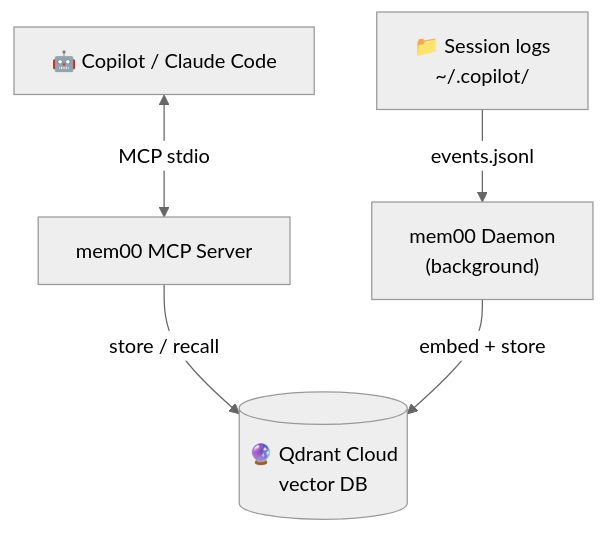
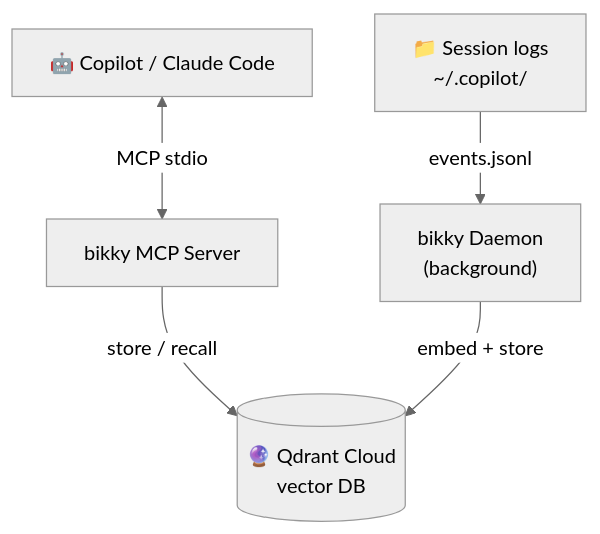
The first of 4 diagrams in README.md (bikky-dev/bikky), drawn with Mermaid (neutral theme) before and after one commit. The commit also changed other lines of this file and 19 other files, not shown here.

First line of the commit message:
feat: rename project from mem00 to bikky

````diff
--- a/README.md
+++ b/README.md
@@ -43,7 +43,7 @@
 ```mermaid
 graph TD
-    A["🤖 Copilot / Claude Code"] <-->|MCP stdio| B["mem00 MCP Server"]
-    C["📁 Session logs<br/>~/.copilot/"] -->|events.jsonl| D["mem00 Daemon<br/>(background)"]
+    A["🤖 Copilot / Claude Code"] <-->|MCP stdio| B["bikky MCP Server"]
+    C["📁 Session logs<br/>~/.copilot/"] -->|events.jsonl| D["bikky Daemon<br/>(background)"]
     B -->|store / recall| E[("🔮 Qdrant Cloud<br/>vector DB")]
     D -->|embed + store| E
 ```
````
